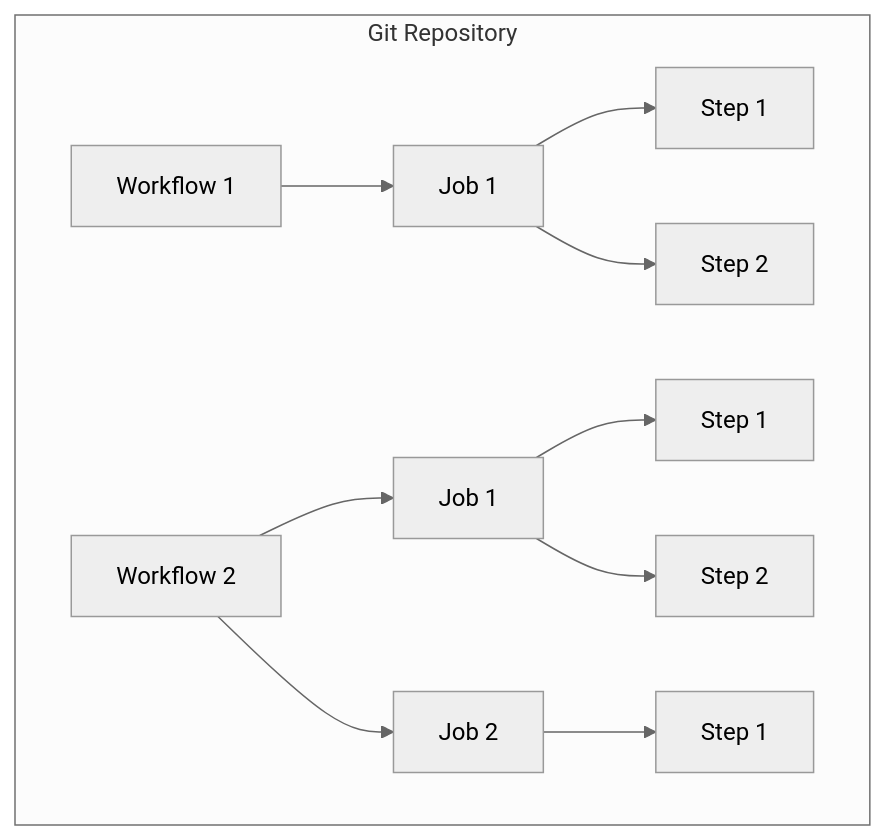
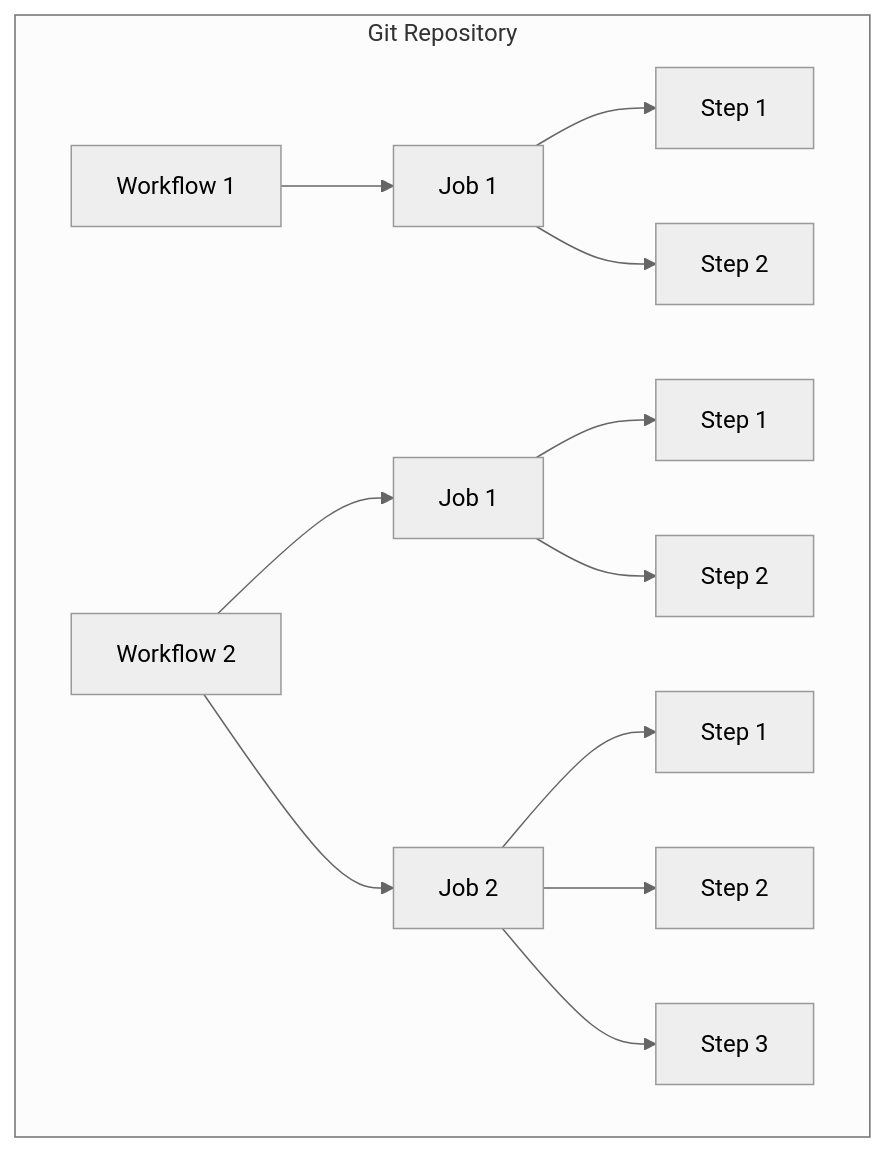
One commit to rtdevx/rtdevx.github.io changed the first of 2 diagrams in content/posts/training/GitHub/GitHub Actions - The Complete Guide/03-github-actions-fundamentals/index.md. Above: the diagram before and after it, drawn with Mermaid (neutral theme).

Commit message:
Obsidian sync: 2025-12-08 16:10:26

```diff
--- a/content/posts/training/GitHub/GitHub Actions - The Complete Guide/03-github-actions-fundamentals/index.md
+++ b/content/posts/training/GitHub/GitHub Actions - The Complete Guide/03-github-actions-fundamentals/index.md
@@ -20,20 +20,22 @@
 {{< mermaid >}}
 flowchart TD
     subgraph Repo[Git Repository]
     %% Workflow 1
     A[Workflow 1] --> B[Job 1]
     B --> C[Step 1]
     B --> D[Step 2]
 
     %% Workflow 2
     E[Workflow 2] --> F[Job 1]
     E --> I[Job 2]
 
     %% Steps for Job 1
     F --> G[Step 1]
     F --> H[Step 2]
 
     %% Steps for Job 2
     I --> J[Step 1]
+    I --> K[Step 2]
+    I --> L[Step 3]
     end
 {{< /mermaid >}}
```
